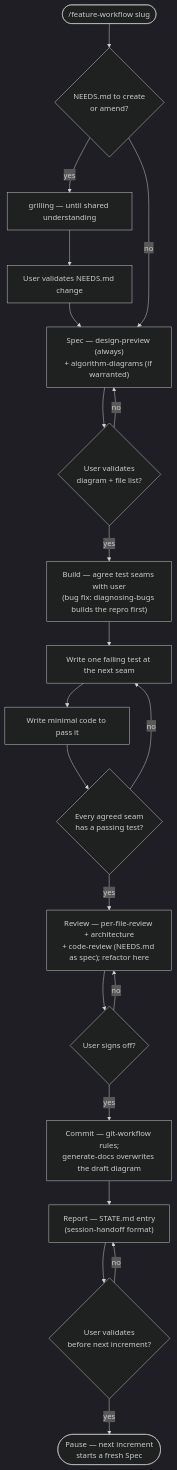
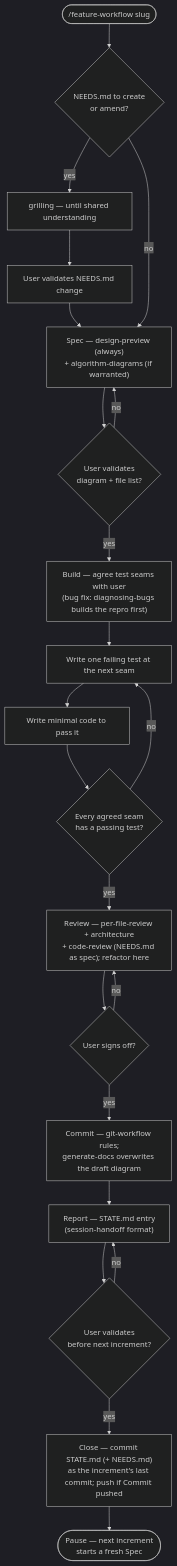
Before and after one commit to Boulede987/dotfiles-claude: the diagram in README.md, drawn with Mermaid (dark theme). The commit also changed 1 other file, not shown here.

Commit message:
feat(skills): close each feature-workflow increment with a state commit
Implemented a closing step in feature-workflow/SKILL.md's Report row and
section 8: once the Report is approved, a final chore(workflow) commit
adds STATE.md (plus NEEDS.md if changed), pushed if the increment's
commits were; the README flowchart gains the matching Close node. For
keeping each increment self-contained in git instead of leaving its
state for the next increment to commit.

````diff
--- a/README.md
+++ b/README.md
@@ -73,33 +73,35 @@
 ```mermaid
 flowchart TD
     Start(["/feature-workflow slug"]) --> NeedsCheck{"NEEDS.md to create
 or amend?"}
     NeedsCheck -- yes --> Grill["grilling — until shared understanding"]
     Grill --> ValidateNeeds["User validates NEEDS.md change"]
     ValidateNeeds --> Spec
     NeedsCheck -- no --> Spec["Spec — design-preview (always)
 + algorithm-diagrams (if warranted)"]
     Spec --> GateSpec{"User validates
 diagram + file list?"}
     GateSpec -- no --> Spec
     GateSpec -- yes --> Seams["Build — agree test seams with user
 (bug fix: diagnosing-bugs builds the repro first)"]
     Seams --> Red["Write one failing test at the next seam"]
     Red --> Green["Write minimal code to pass it"]
     Green --> GateBuild{"Every agreed seam
 has a passing test?"}
     GateBuild -- no --> Red
     GateBuild -- yes --> Review["Review — per-file-review + architecture
 + code-review (NEEDS.md as spec); refactor here"]
     Review --> GateReview{"User signs off?"}
     GateReview -- no --> Review
     GateReview -- yes --> Commit["Commit — git-workflow rules;
 generate-docs overwrites the draft diagram"]
     Commit --> Report["Report — STATE.md entry
 (session-handoff format)"]
     Report --> GateReport{"User validates
 before next increment?"}
     GateReport -- no --> Report
-    GateReport -- yes --> Pause(["Pause — next increment
+    GateReport -- yes --> CloseCommit["Close — commit STATE.md (+ NEEDS.md)
+as the increment's last commit; push if Commit pushed"]
+    CloseCommit --> Pause(["Pause — next increment
 starts a fresh Spec"])
 ```
````
